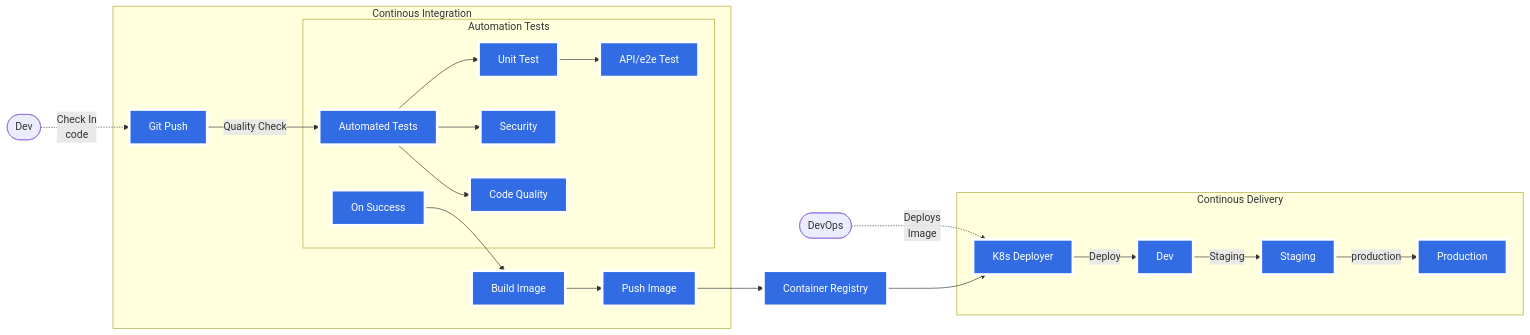
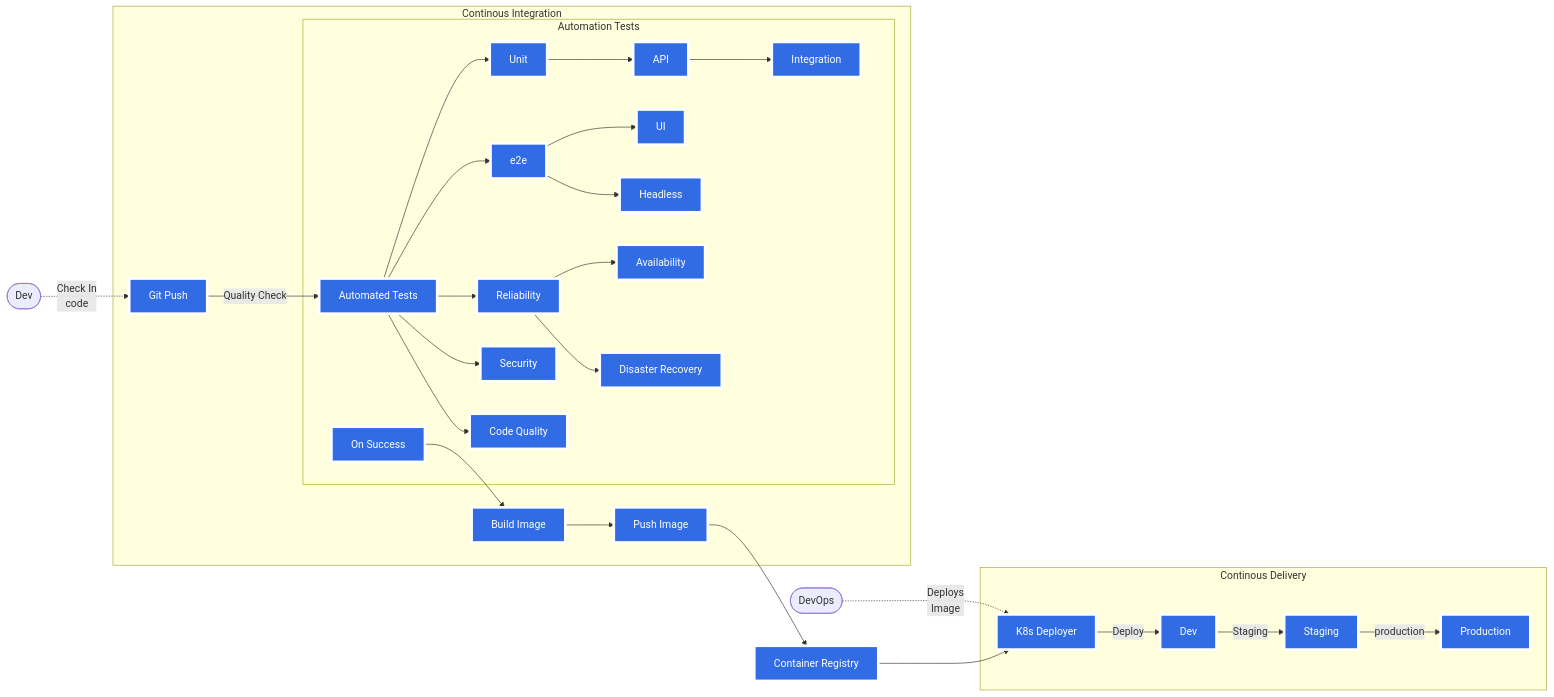
The diagram in docs/v0/ci-cd.md (rajasoun/gitops-experiments), drawn with Mermaid before and after one commit.

Commit message:
ci-cd docs

````diff
--- a/docs/v0/ci-cd.md
+++ b/docs/v0/ci-cd.md
@@ -29,34 +29,41 @@
 ```mermaid
 graph LR;
   classDef plain fill:#ddd,stroke:#fff,stroke-width:4px,color:#000;
   classDef blue_fill fill:#326ce5,stroke:#fff,stroke-width:4px,color:#fff;
   classDef ci fill:#fff,stroke:#bbb,stroke-width:2px,color:#326ce5;
 
   Dev([Dev])-. Check In <br> code .->Github[Git Push];
   Github-->|Quality Check|automated_tests[Automated Tests];
     subgraph ci[Continous Integration]
         Github;
         subgraph Automation Tests
-            automated_tests-->unit_test[Unit Test];
-            unit_test-->api_test[API/e2e Test];
+            automated_tests-->unit_test[Unit];
+            unit_test-->api_test[API];
+            api_test-->integration_test[Integration];
+            automated_tests-->e2e_test[e2e];
+            e2e_test-->ui_test[UI];
+            e2e_test-->headless_test[Headless];
+            automated_tests-->reliability[Reliability];
+            reliability-->availability_test[Availability];
+            reliability-->dr_test[Disaster Recovery];
             automated_tests-->security[Security];
             automated_tests-->code_qaulity[Code Quality];
             on_success[On Success];
         end
     on_success-->build_image[Build Image];
     build_image-->push_image[Push Image];
     end
     push_image-->container_registry[Container Registry];
 
     DevOps([DevOps])-. Deploys <br> Image .->Microservice[K8s Deployer];
     container_registry-->Microservice;
 
     subgraph Continous Delivery
         Microservice-->|Deploy|dev[Dev];
         dev-->|Staging|staging[Staging];
         staging-->|production|production[Production];
     end
     
-    class Github,automated_tests,unit_test,code_quality,security,secrets,build,container_registry,api_test,code_qaulity,on_success,build_image,push_image blue_fill;
+    class Github,automated_tests,unit_test,code_quality,security,secrets,build,container_registry,api_test,code_qaulity,on_success,build_image,push_image,unit_test,integration_test,e2e_test,ui_test,headless_test,reliability,availability_test,dr_test blue_fill;
     class Microservice,dev,staging,production blue_fill;
 ```
````
